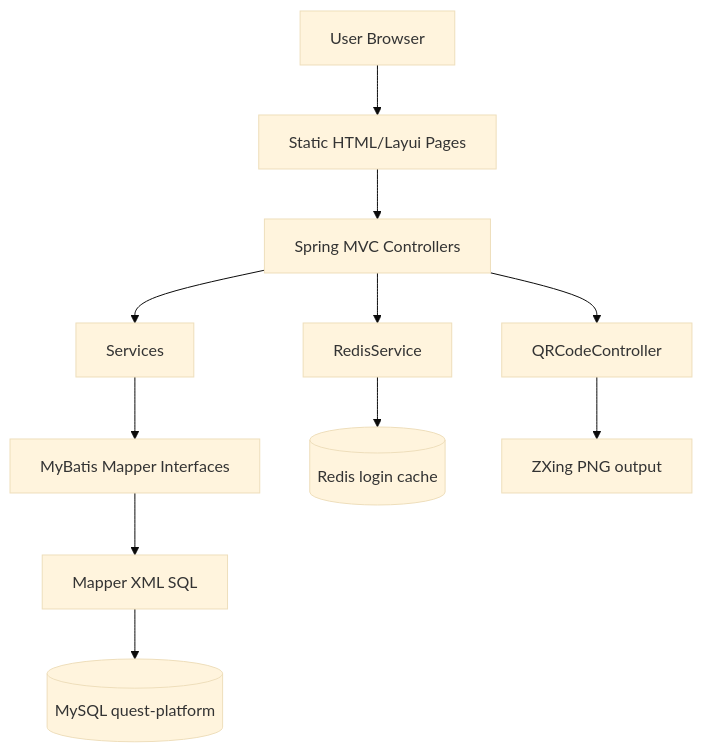
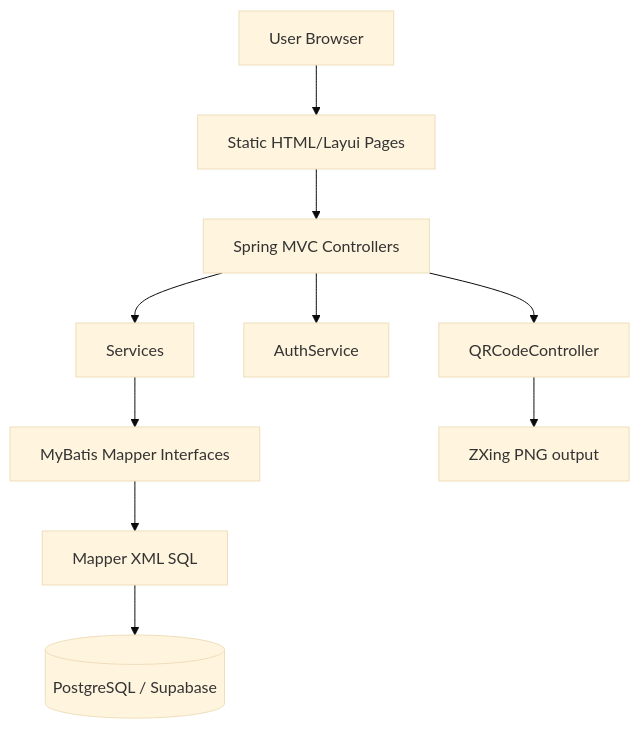
The diagram in docs/02-architecture.md (Nemo-netone/ot-questplatform), drawn with Mermaid (base theme) before and after one commit. The commit also changed other lines of this file and 34 other files, not shown here.

````diff
--- a/docs/02-architecture.md
+++ b/docs/02-architecture.md
@@ -24,13 +25,12 @@
 ```mermaid
 flowchart TD
     U[User Browser] --> F[Static HTML/Layui Pages]
     F --> C[Spring MVC Controllers]
     C --> S[Services]
     S --> M[MyBatis Mapper Interfaces]
     M --> X[Mapper XML SQL]
-    X --> DB[(MySQL quest-platform)]
-    C --> R[RedisService]
-    R --> Redis[(Redis login cache)]
+    X --> DB[(PostgreSQL / Supabase)]
+    C --> A[AuthService]
     C --> QR[QRCodeController]
     QR --> ZX[ZXing PNG output]
 ```
````
